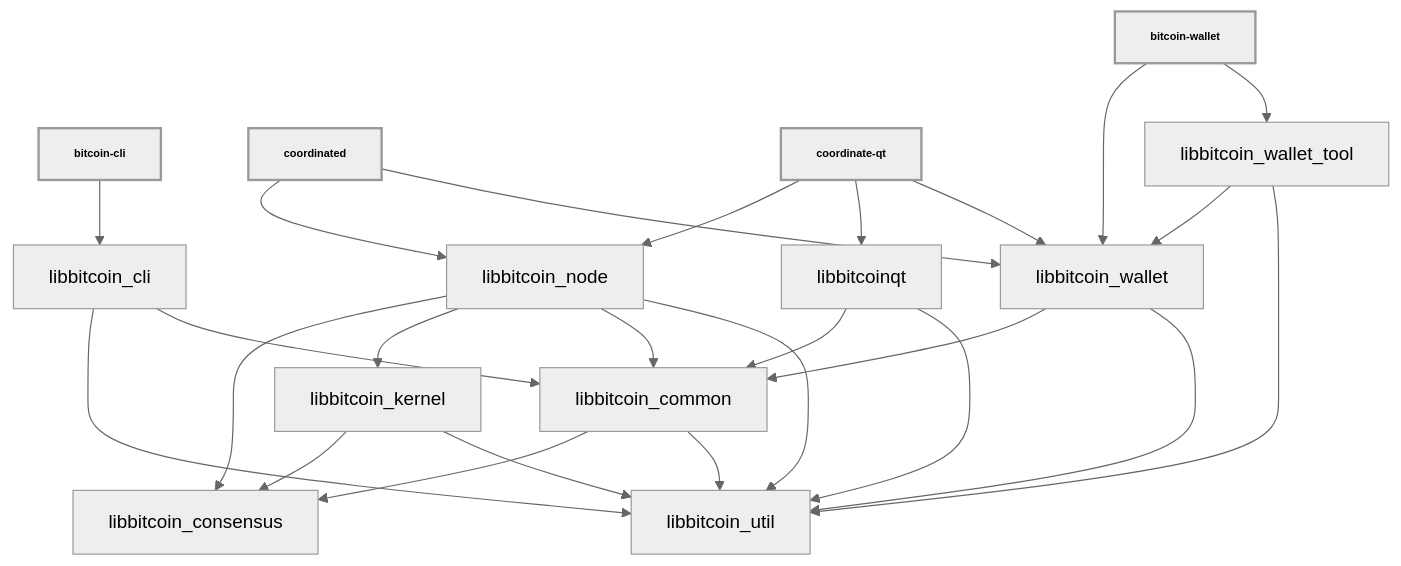
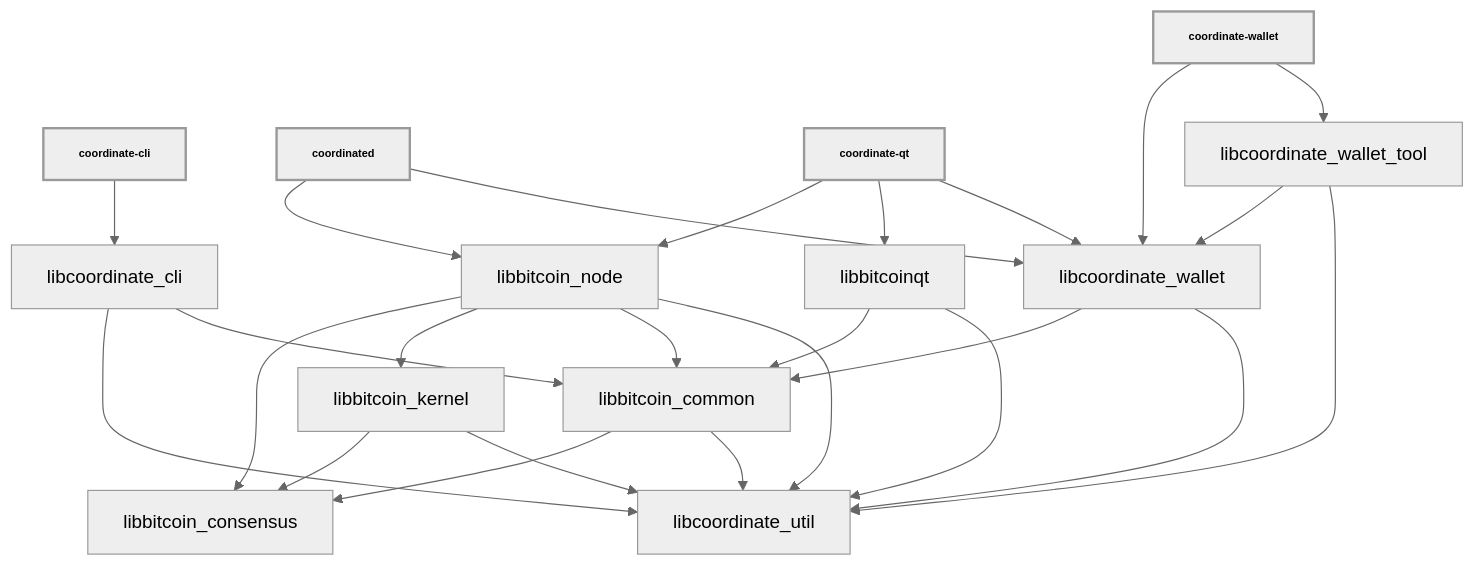
Before and after one commit to balajimara/bitcoin: the diagram in doc/design/libraries.md, drawn with Mermaid (neutral theme). The commit also changed other lines of this file and 268 other files, not shown here.

````diff
--- a/doc/design/libraries.md
+++ b/doc/design/libraries.md
@@ -36,44 +36,44 @@
 ```mermaid
 
 %%{ init : { "flowchart" : { "curve" : "basis" }}}%%
 
 graph TD;
 
-bitcoin-cli[bitcoin-cli]-->libbitcoin_cli;
+coordinate-cli[coordinate-cli]-->libcoordinate_cli;
 
 coordinated[coordinated]-->libbitcoin_node;
-coordinated[coordinated]-->libbitcoin_wallet;
+coordinated[coordinated]-->libcoordinate_wallet;
 
 coordinate-qt[coordinate-qt]-->libbitcoin_node;
 coordinate-qt[coordinate-qt]-->libbitcoinqt;
-coordinate-qt[coordinate-qt]-->libbitcoin_wallet;
+coordinate-qt[coordinate-qt]-->libcoordinate_wallet;
 
-bitcoin-wallet[bitcoin-wallet]-->libbitcoin_wallet;
-bitcoin-wallet[bitcoin-wallet]-->libbitcoin_wallet_tool;
+coordinate-wallet[coordinate-wallet]-->libcoordinate_wallet;
+coordinate-wallet[coordinate-wallet]-->libcoordinate_wallet_tool;
 
-libbitcoin_cli-->libbitcoin_util;
-libbitcoin_cli-->libbitcoin_common;
+libcoordinate_cli-->libcoordinate_util;
+libcoordinate_cli-->libbitcoin_common;
 
 libbitcoin_common-->libbitcoin_consensus;
-libbitcoin_common-->libbitcoin_util;
+libbitcoin_common-->libcoordinate_util;
 
 libbitcoin_kernel-->libbitcoin_consensus;
-libbitcoin_kernel-->libbitcoin_util;
+libbitcoin_kernel-->libcoordinate_util;
 
 libbitcoin_node-->libbitcoin_consensus;
 libbitcoin_node-->libbitcoin_kernel;
 libbitcoin_node-->libbitcoin_common;
-libbitcoin_node-->libbitcoin_util;
+libbitcoin_node-->libcoordinate_util;
 
 libbitcoinqt-->libbitcoin_common;
-libbitcoinqt-->libbitcoin_util;
+libbitcoinqt-->libcoordinate_util;
 
-libbitcoin_wallet-->libbitcoin_common;
-libbitcoin_wallet-->libbitcoin_util;
+libcoordinate_wallet-->libbitcoin_common;
+libcoordinate_wallet-->libcoordinate_util;
 
-libbitcoin_wallet_tool-->libbitcoin_wallet;
-libbitcoin_wallet_tool-->libbitcoin_util;
+libcoordinate_wallet_tool-->libcoordinate_wallet;
+libcoordinate_wallet_tool-->libcoordinate_util;
 
 classDef bold stroke-width:2px, font-weight:bold, font-size: smaller;
-class coordinate-qt,coordinated,bitcoin-cli,bitcoin-wallet bold
+class coordinate-qt,coordinated,coordinate-cli,coordinate-wallet bold
 ```
````
